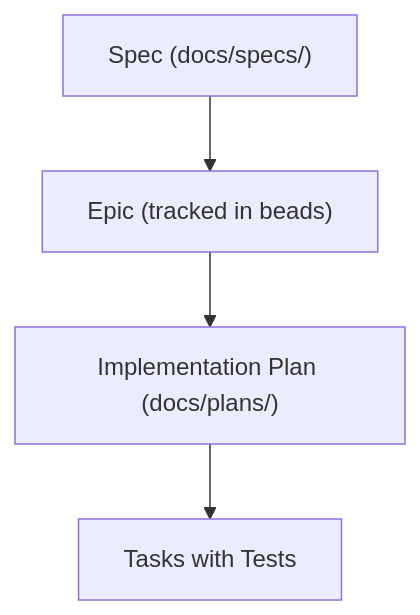
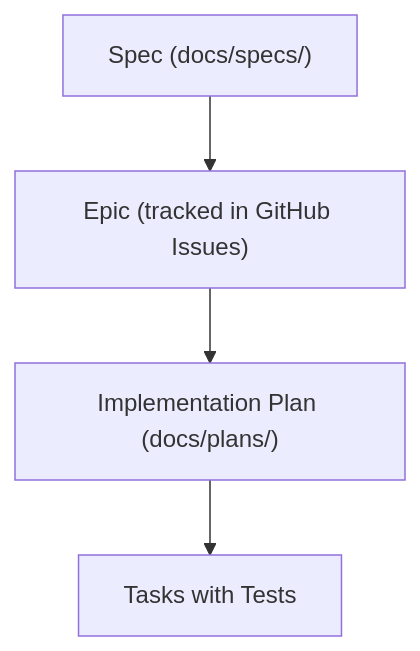
One commit to holomush/holomush changed the diagram in site/src/content/docs/contributing/index.mdx. Above: the diagram before and after it, drawn with Mermaid. The commit also changed other lines of this file and 34 other files, not shown here.

First line of the commit message:
chore: retire beads (bd) issue tracker in favor of GitHub Issues + GSD

````diff
--- a/site/src/content/docs/contributing/index.mdx
+++ b/site/src/content/docs/contributing/index.mdx
@@ -52,6 +52,6 @@
 ```mermaid
 flowchart TB
-    A["Spec (docs/specs/)"] --> B["Epic (tracked in beads)"]
+    A["Spec (docs/specs/)"] --> B["Epic (tracked in GitHub Issues)"]
     B --> C["Implementation Plan (docs/plans/)"]
     C --> D["Tasks with Tests"]
 ```
````
